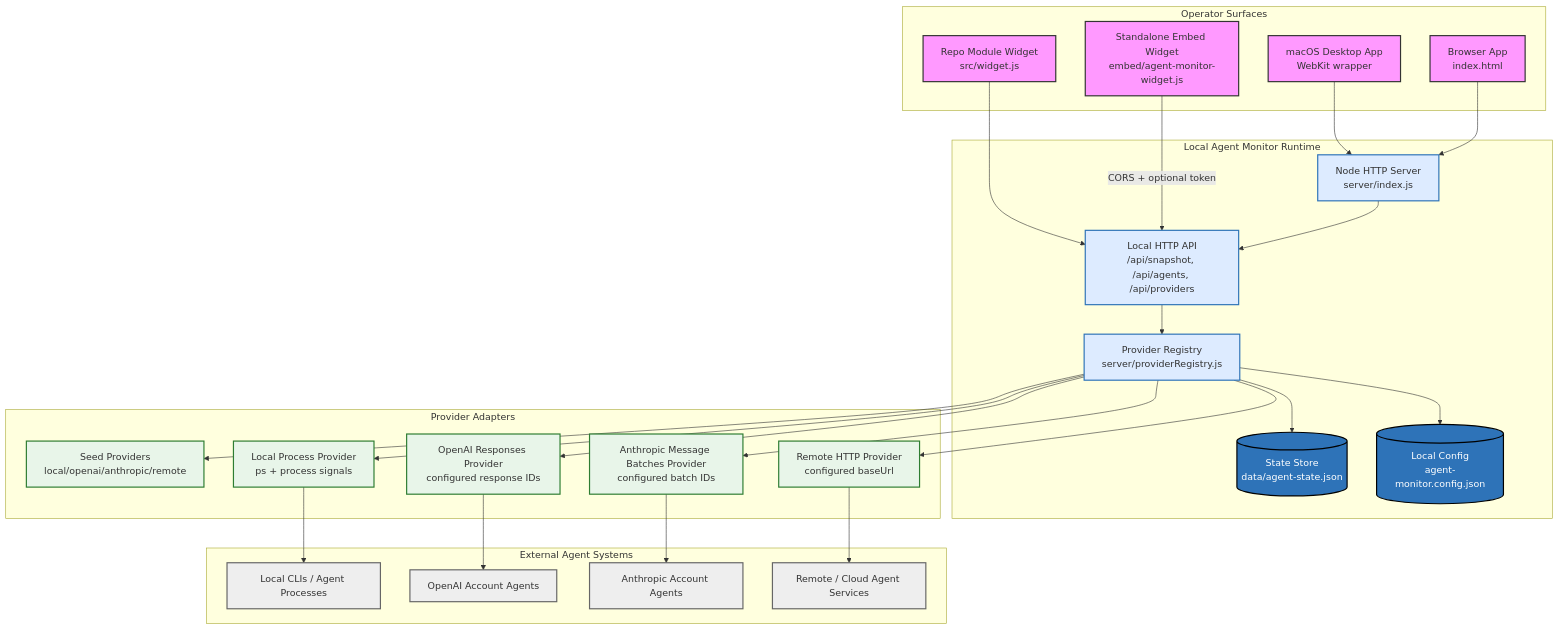
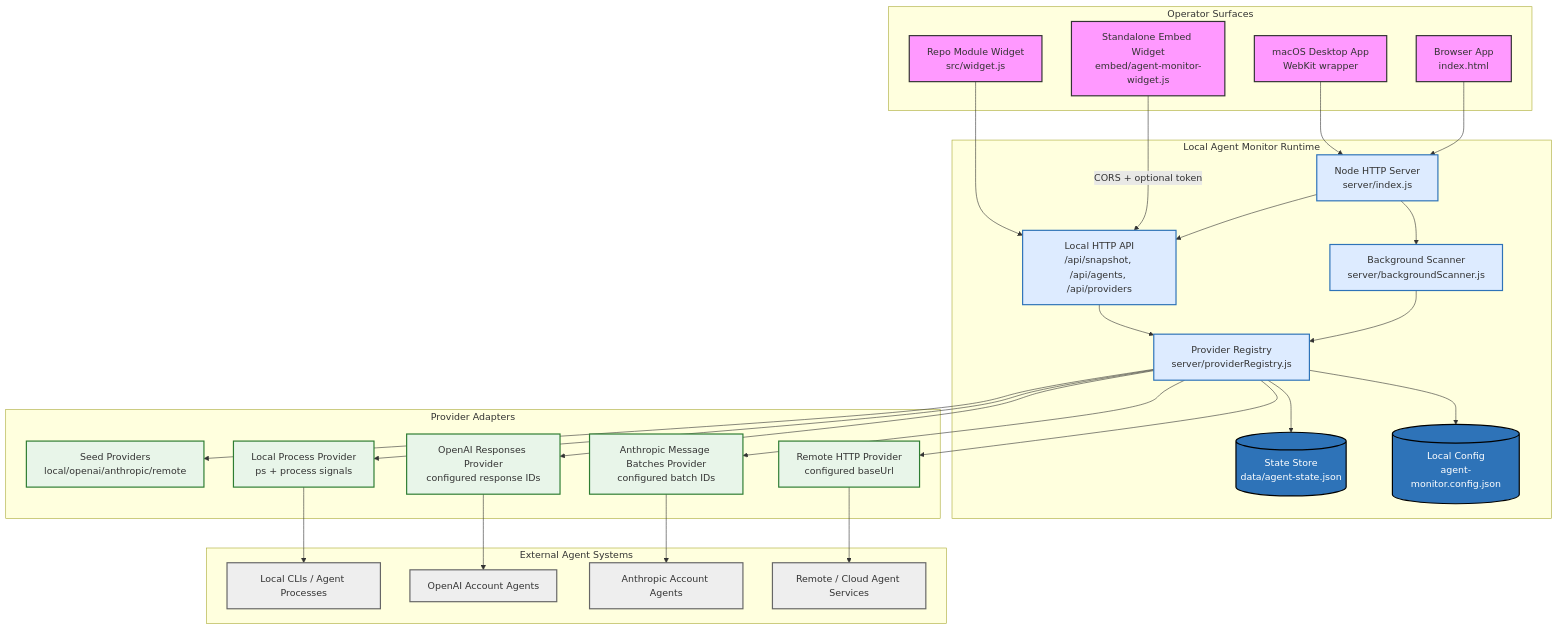
The first of 3 diagrams in project_design.md (NTitterton/agent-monitor), drawn with Mermaid before and after one commit. The commit also changed other lines of this file and 10 other files, not shown here.

Commit message:
Add background snapshot scanner

````diff
--- a/project_design.md
+++ b/project_design.md
@@ -7,61 +7,64 @@
 ```mermaid
 graph TD
     subgraph "Operator Surfaces"
         Desktop["macOS Desktop App<br/>WebKit wrapper"]
         Browser["Browser App<br/>index.html"]
         ModuleWidget["Repo Module Widget<br/>src/widget.js"]
         StandaloneWidget["Standalone Embed Widget<br/>embed/agent-monitor-widget.js"]
     end
 
     subgraph "Local Agent Monitor Runtime"
         StaticServer["Node HTTP Server<br/>server/index.js"]
         API["Local HTTP API<br/>/api/snapshot, /api/agents, /api/providers"]
+        Scanner["Background Scanner<br/>server/backgroundScanner.js"]
         Registry["Provider Registry<br/>server/providerRegistry.js"]
         StateStore[("State Store<br/>data/agent-state.json")]
         Config[("Local Config<br/>agent-monitor.config.json")]
     end
 
     subgraph "Provider Adapters"
         SeedProviders["Seed Providers<br/>local/openai/anthropic/remote"]
         LocalProcess["Local Process Provider<br/>ps + process signals"]
         RemoteHTTP["Remote HTTP Provider<br/>configured baseUrl"]
         OpenAIResponses["OpenAI Responses Provider<br/>configured response IDs"]
         AnthropicBatches["Anthropic Message Batches Provider<br/>configured batch IDs"]
     end
 
     subgraph "External Agent Systems"
         LocalAgents["Local CLIs / Agent Processes"]
         OpenAI["OpenAI Account Agents"]
         Anthropic["Anthropic Account Agents"]
         CloudAgents["Remote / Cloud Agent Services"]
     end
 
     Desktop --> StaticServer
     Browser --> StaticServer
     ModuleWidget --> API
     StandaloneWidget -- "CORS + optional token" --> API
     StaticServer --> API
+    StaticServer --> Scanner
     API --> Registry
+    Scanner --> Registry
     Registry --> StateStore
     Registry --> Config
     Registry --> SeedProviders
     Registry --> LocalProcess
     Registry --> RemoteHTTP
     Registry --> OpenAIResponses
     Registry --> AnthropicBatches
     LocalProcess --> LocalAgents
     RemoteHTTP --> CloudAgents
     OpenAIResponses --> OpenAI
     AnthropicBatches --> Anthropic
 
     classDef surface fill:#f9f,stroke:#333,stroke-width:2px;
     classDef runtime fill:#DDEBFF,stroke:#2E73B8,stroke-width:2px;
     classDef store fill:#2E73B8,stroke:#000,stroke-width:2px,color:#fff;
     classDef provider fill:#E8F5E9,stroke:#2E7D32,stroke-width:2px;
     classDef external fill:#EEE,stroke:#666,stroke-width:2px;
     class Desktop,Browser,ModuleWidget,StandaloneWidget surface;
-    class StaticServer,API,Registry runtime;
+    class StaticServer,API,Scanner,Registry runtime;
     class StateStore,Config store;
     class SeedProviders,LocalProcess,RemoteHTTP,OpenAIResponses,AnthropicBatches provider;
     class LocalAgents,OpenAI,Anthropic,CloudAgents external;
 ```
````
